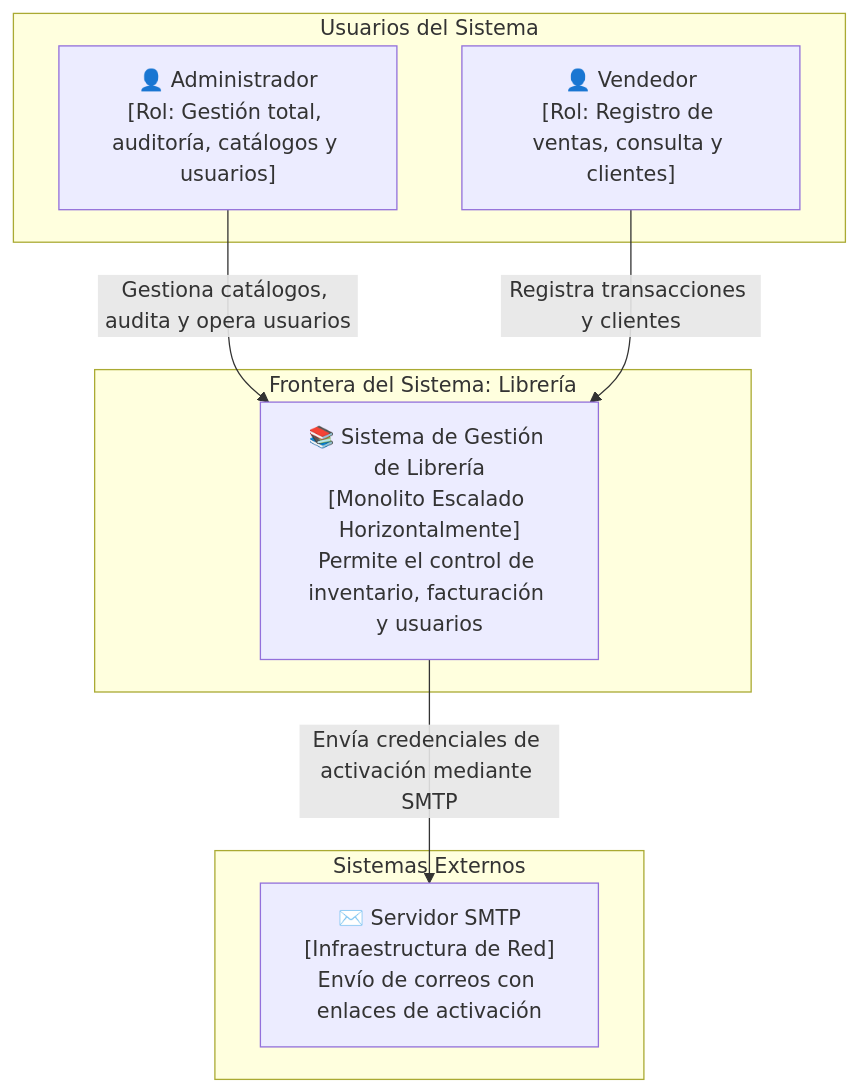
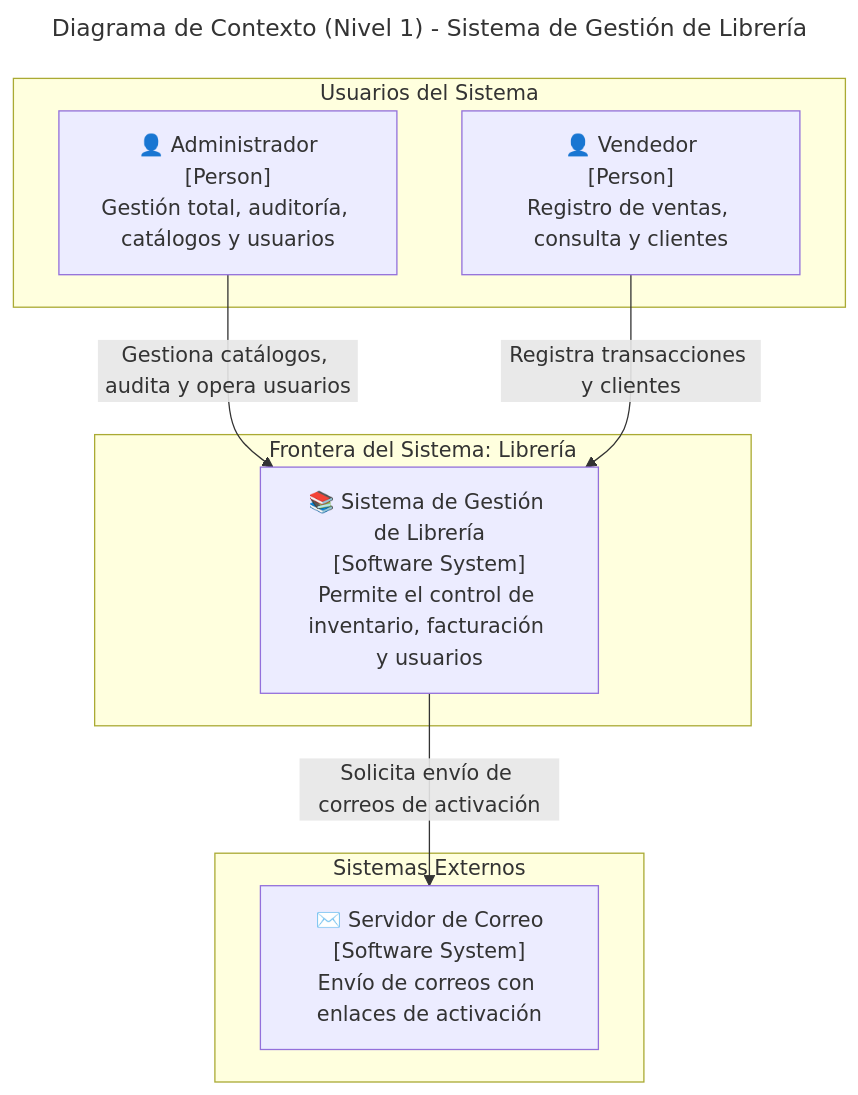
The first of 5 diagrams in docs/INFORME_TECNICO_2DO_ENTREGABLE.md (Lackio-EL-14/Proyecto_Libreria_arqsoft), drawn with Mermaid before and after one commit. The commit also changed other lines of this file, not shown here.

Commit message:
fix(docs): corregir sintaxis mermaid y ajustar diagramas C4 Nivel 2 y Vista Integrada

````diff
--- a/docs/INFORME_TECNICO_2DO_ENTREGABLE.md
+++ b/docs/INFORME_TECNICO_2DO_ENTREGABLE.md
@@ -111,19 +111,22 @@
 ```mermaid
+---
+title: Diagrama de Contexto (Nivel 1) - Sistema de Gestión de Librería
+---
 graph TB
     subgraph Actores["Usuarios del Sistema"]
-        Admin["👤 Administrador<br>[Rol: Gestión total, auditoría, catálogos y usuarios]"]
-        Vendedor["👤 Vendedor<br>[Rol: Registro de ventas, consulta y clientes]"]
+        Admin["👤 Administrador<br>[Person]<br>Gestión total, auditoría, catálogos y usuarios"]
+        Vendedor["👤 Vendedor<br>[Person]<br>Registro de ventas, consulta y clientes"]
     end
 
     subgraph Frontera["Frontera del Sistema: Librería"]
-        SistemaLibreria["📚 Sistema de Gestión de Librería<br>[Monolito Escalado Horizontalmente]<br>Permite el control de inventario, facturación y usuarios"]
+        SistemaLibreria["📚 Sistema de Gestión de Librería<br>[Software System]<br>Permite el control de inventario, facturación y usuarios"]
     end
 
     subgraph Externos["Sistemas Externos"]
-        ServidorCorreo["✉️ Servidor SMTP<br>[Infraestructura de Red]<br>Envío de correos con enlaces de activación"]
+        ServidorCorreo["✉️ Servidor de Correo<br>[Software System]<br>Envío de correos con enlaces de activación"]
     end
 
-    Admin -->|Gestiona catálogos, audita y opera usuarios| SistemaLibreria
-    Vendedor -->|Registra transacciones y clientes| SistemaLibreria
-    SistemaLibreria -->|Envía credenciales de activación mediante SMTP| ServidorCorreo
+    Admin -->|"Gestiona catálogos, audita y opera usuarios"| SistemaLibreria
+    Vendedor -->|"Registra transacciones y clientes"| SistemaLibreria
+    SistemaLibreria -->|"Solicita envío de correos de activación"| ServidorCorreo
 ```
````
